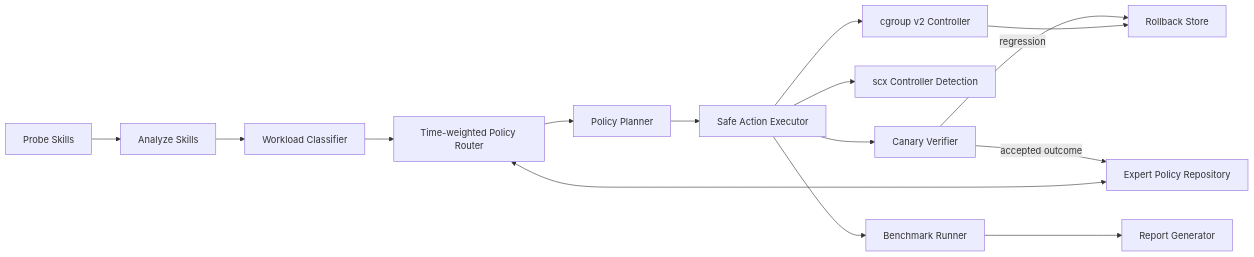
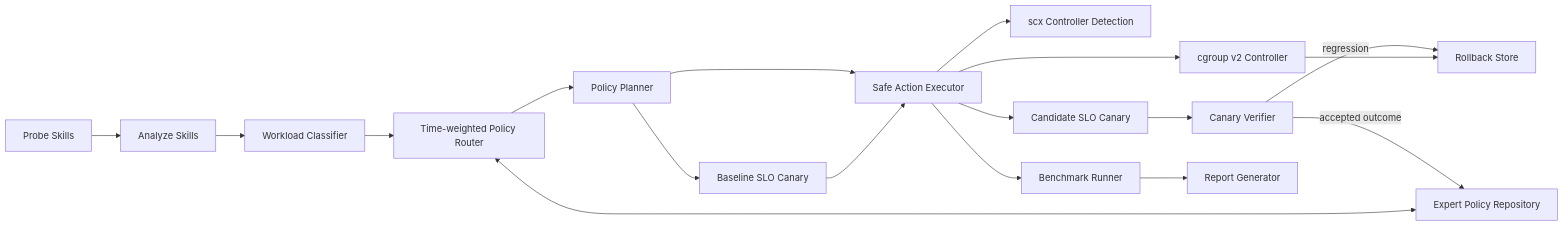
Before and after one commit to SuperGh2233/SchedX-Agent: the diagram in README.md, drawn with Mermaid. The commit also changed other lines of this file and 47 other files, not shown here.

````diff
--- a/README.md
+++ b/README.md
@@ -44,17 +54,20 @@
 ```mermaid
 flowchart LR
   P[Probe Skills] --> A[Analyze Skills]
   A --> C[Workload Classifier]
   C --> RT[Time-weighted Policy Router]
   PR[Expert Policy Repository] <--> RT
   RT --> PL[Policy Planner]
   PL --> EX[Safe Action Executor]
+  PL --> CB[Baseline SLO Canary]
+  CB --> EX
   EX --> CG[cgroup v2 Controller]
   EX --> SCX[scx Controller Detection]
-  EX --> V[Canary Verifier]
+  EX --> CC[Candidate SLO Canary]
+  CC --> V[Canary Verifier]
   V -->|accepted outcome| PR
   V -->|regression| RB
   CG --> RB[Rollback Store]
   EX --> B[Benchmark Runner]
   B --> R[Report Generator]
 ```
````
